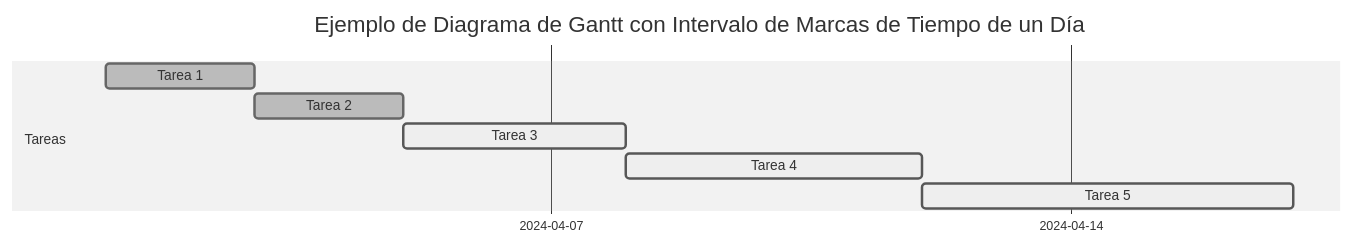
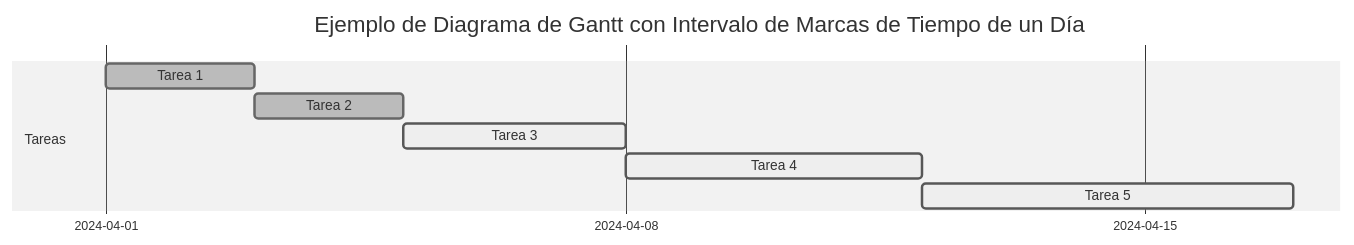
One commit to marceloyuba/SDT changed the second of 2 diagrams in README.md. Above: the diagram before and after it, drawn with Mermaid (neutral theme). The commit also changed other lines of this file, not shown here.

````diff
--- a/README.md
+++ b/README.md
@@ -52,14 +52,17 @@
 ```mermaid
 gantt
+    
     tickInterval 1week
+    weekday monday
+
     dateFormat  YYYY-MM-DD
     title       Ejemplo de Diagrama de Gantt con Intervalo de Marcas de Tiempo de un Día
 
     section Tareas
     Tarea 1      :done, task1, 2024-04-01, 2024-04-03
     Tarea 2      :done, task2, after task1, 2d
     Tarea 3      :active, task3, after task2, 3d
     Tarea 4      :active, task4, after task3, 4d
     Tarea 5      :active, task5, after task4, 5d
 
 ```
````
